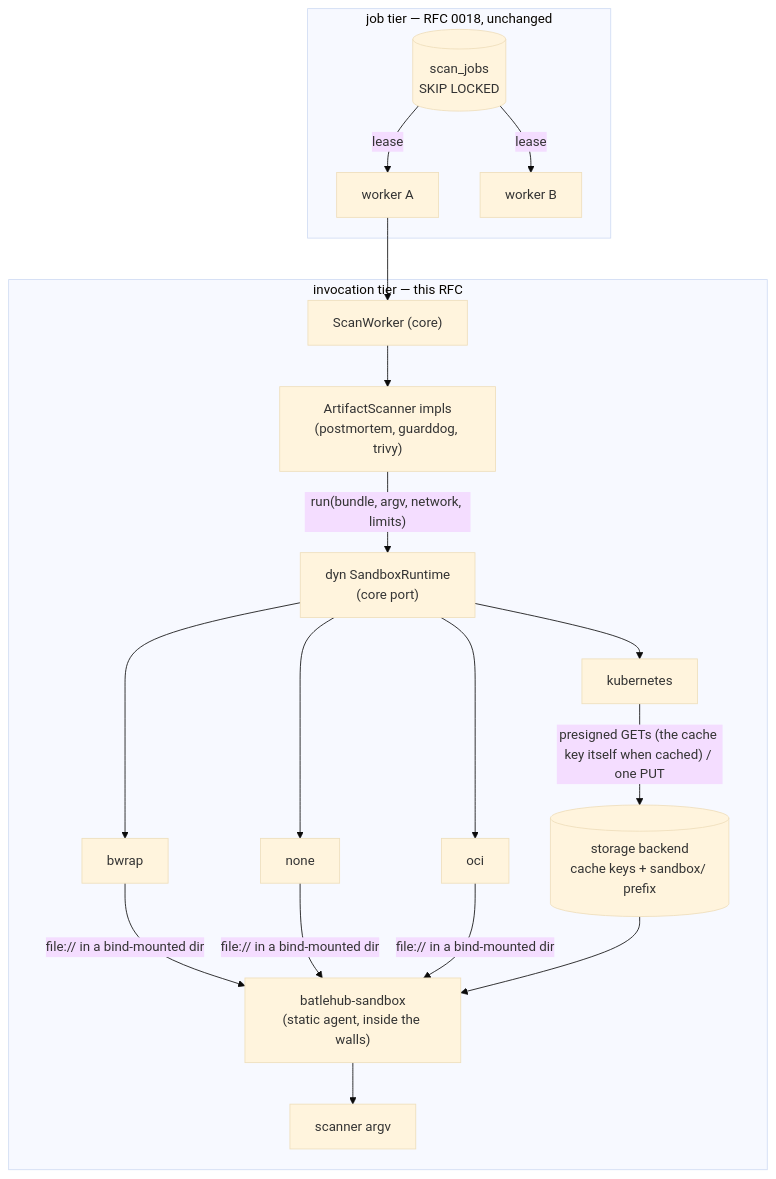
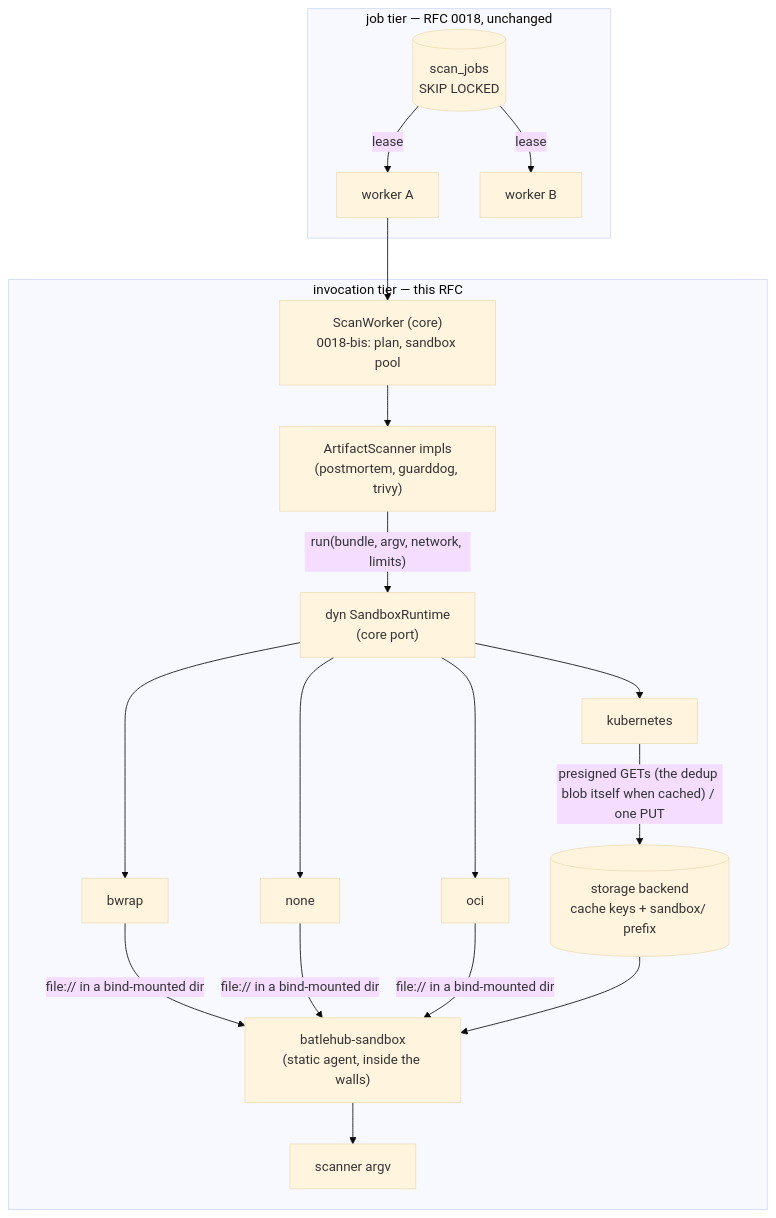
The fourth of 13 diagrams in docs/rfc/0022-sandbox-runtimes.md (batlehub/batlehub), drawn with Mermaid (base theme) before and after one commit. The commit also changed other lines of this file and 82 other files, not shown here.

````diff
--- a/docs/rfc/0022-sandbox-runtimes.md
+++ b/docs/rfc/0022-sandbox-runtimes.md
@@ -413,19 +508,19 @@
 ```mermaid
 graph TB
     subgraph "job tier — RFC 0018, unchanged"
         Q[("scan_jobs<br/>SKIP LOCKED")] -->|lease| W1["worker A"]
         Q -->|lease| W2["worker B"]
     end
     subgraph "invocation tier — this RFC"
-        W1 --> SW["ScanWorker (core)"] --> SC["ArtifactScanner impls<br/>(postmortem, guarddog, trivy)"]
+        W1 --> SW["ScanWorker (core)<br/>0018-bis: plan, sandbox pool"] --> SC["ArtifactScanner impls<br/>(postmortem, guarddog, trivy)"]
         SC -->|"run(bundle, argv, network, limits)"| P["dyn SandboxRuntime<br/>(core port)"]
         P --> B["bwrap"]
         P --> N["none"]
         P --> O["oci"]
         P --> K["kubernetes"]
         B & N & O -->|"file:// in a bind-mounted dir"| A["batlehub-sandbox<br/>(static agent, inside the walls)"]
-        K -->|"presigned GETs (the cache key itself when cached) / one PUT"| S[("storage backend<br/>cache keys + sandbox/ prefix")]
+        K -->|"presigned GETs (the dedup blob itself when cached) / one PUT"| S[("storage backend<br/>cache keys + sandbox/ prefix")]
         S --> A
         A --> X["scanner argv"]
     end
 ```
````
